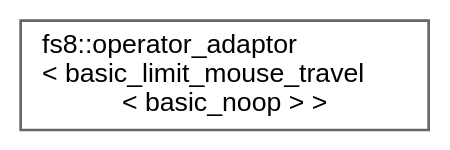
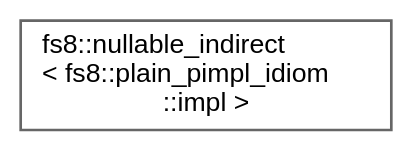
The diagram in api/inherit_graph_97.dot (the-moisrex/foresight), drawn with Graphviz before and after one commit. The commit also changed 234 other files, not shown here.

```diff
--- a/api/inherit_graph_97.dot
+++ b/api/inherit_graph_97.dot
@@ -1,9 +1,9 @@
 digraph "Graphical Class Hierarchy"
 {
  // LATEX_PDF_SIZE
   bgcolor="transparent";
   edge [fontname=Helvetica,fontsize=10,labelfontname=Helvetica,labelfontsize=10];
   node [fontname=Helvetica,fontsize=10,shape=box,height=0.2,width=0.4];
   rankdir="LR";
-  Node0 [id="Node000000",label="fs8::operator_adaptor\l\< basic_limit_mouse_travel\l\< basic_noop \> \>",height=0.2,width=0.4,color="grey40", fillcolor="white", style="filled",URL="$structfs8_1_1operator__adaptor.html",tooltip=" "];
+  Node0 [id="Node000000",label="fs8::nullable_indirect\l\< fs8::plain_pimpl_idiom\l::impl \>",height=0.2,width=0.4,color="grey40", fillcolor="white", style="filled",URL="$structfs8_1_1nullable__indirect.html",tooltip=" "];
 }
```
